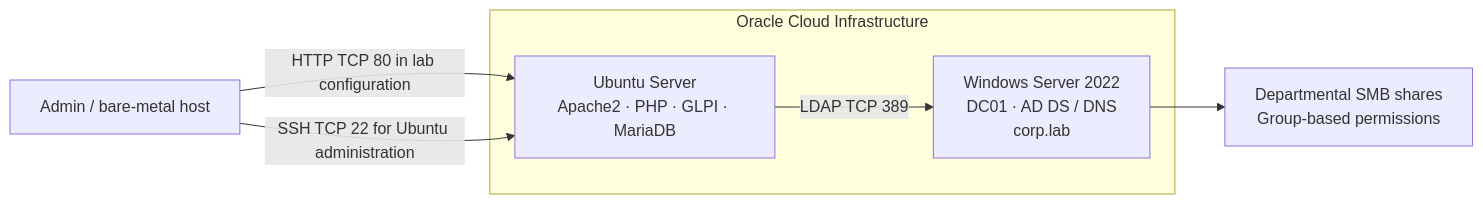
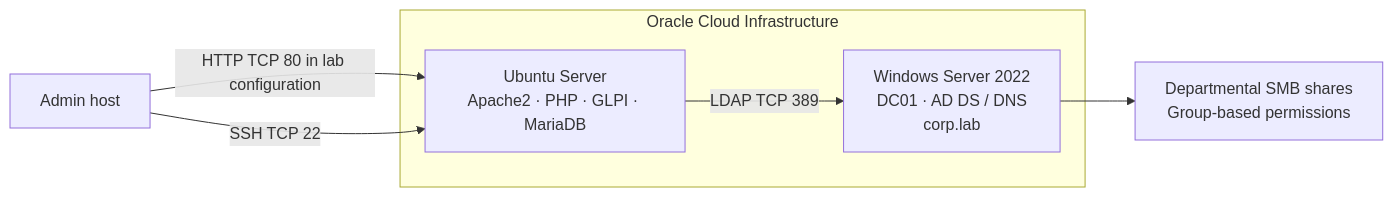
The diagram in README.md (Wilson-Nhlanhla-Radebe/corp-lab-active-directory-infrastructure), drawn with Mermaid before and after one commit. The commit also changed other lines of this file and 25 other files, not shown here.

````diff
--- a/README.md
+++ b/README.md
@@ -27,11 +21,11 @@
 ```mermaid
 flowchart LR
   subgraph OCI[Oracle Cloud Infrastructure]
     DC[Windows Server 2022<br/>DC01 · AD DS / DNS<br/>corp.lab]
     UB[Ubuntu Server<br/>Apache2 · PHP · GLPI · MariaDB]
   end
-  CLIENT[Admin / bare-metal host] -->|HTTP TCP 80 in lab configuration| UB
-  CLIENT -->|SSH TCP 22 for Ubuntu administration| UB
+  CLIENT[Admin host] -->|HTTP TCP 80 in lab configuration| UB
+  CLIENT -->|SSH TCP 22| UB
   UB -->|LDAP TCP 389| DC
   DC --> SHARES[Departmental SMB shares<br/>Group-based permissions]
 ```
````
